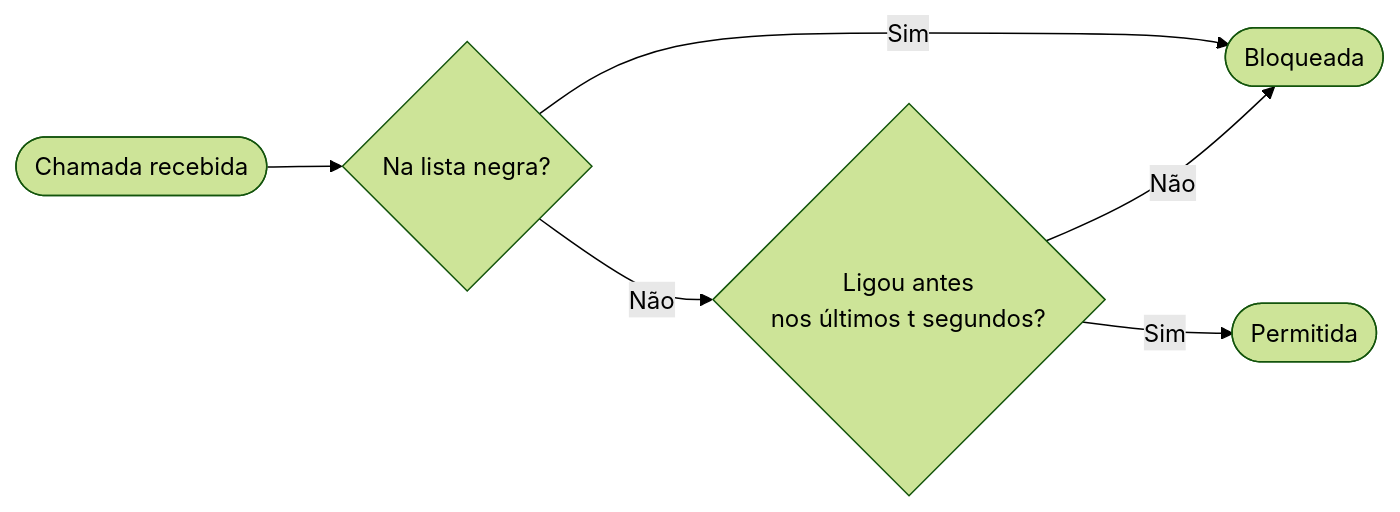
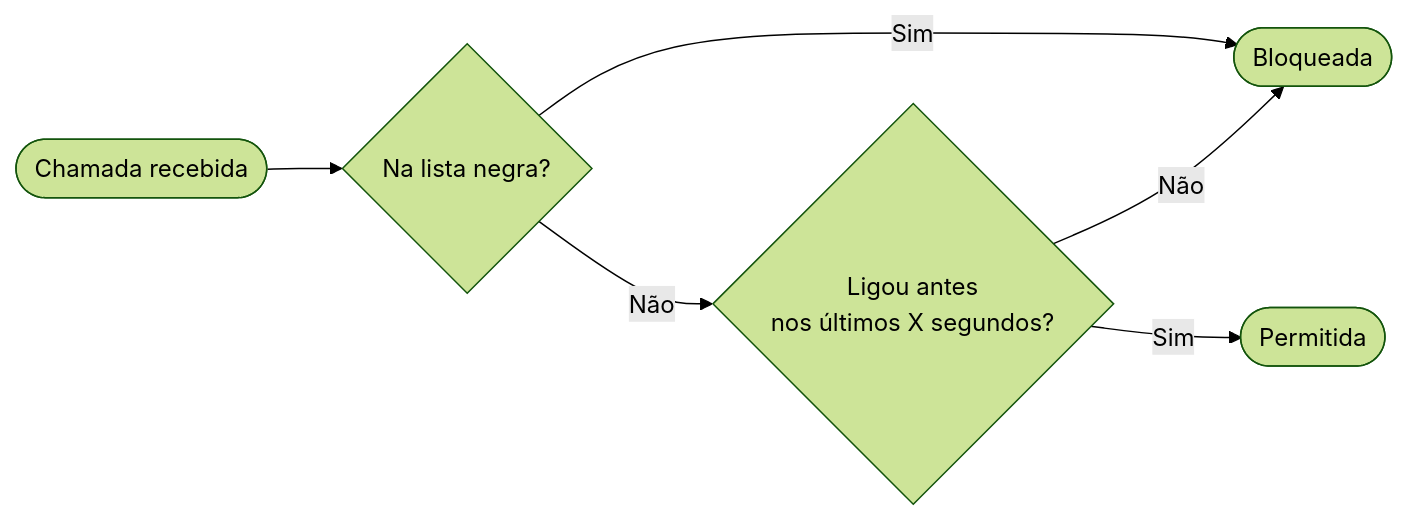
The diagram in README.md (acdcmaia/call-guard), drawn with Mermaid (forest theme) before and after one commit. The commit also changed other lines of this file, not shown here.

Commit message:
docs: fix PT-BR language in README

````diff
--- a/README.md
+++ b/README.md
@@ -7,8 +7,8 @@
 ```mermaid
 flowchart LR
     A([Chamada recebida]) --> B{Na lista negra?}
     B -- Sim --> C([Bloqueada])
-    B -- Não --> D{Ligou antes\nnos últimos t segundos?}
+    B -- Não --> D{Ligou antes\nnos últimos X segundos?}
     D -- Não --> C
     D -- Sim --> E([Permitida])
 ```
````
